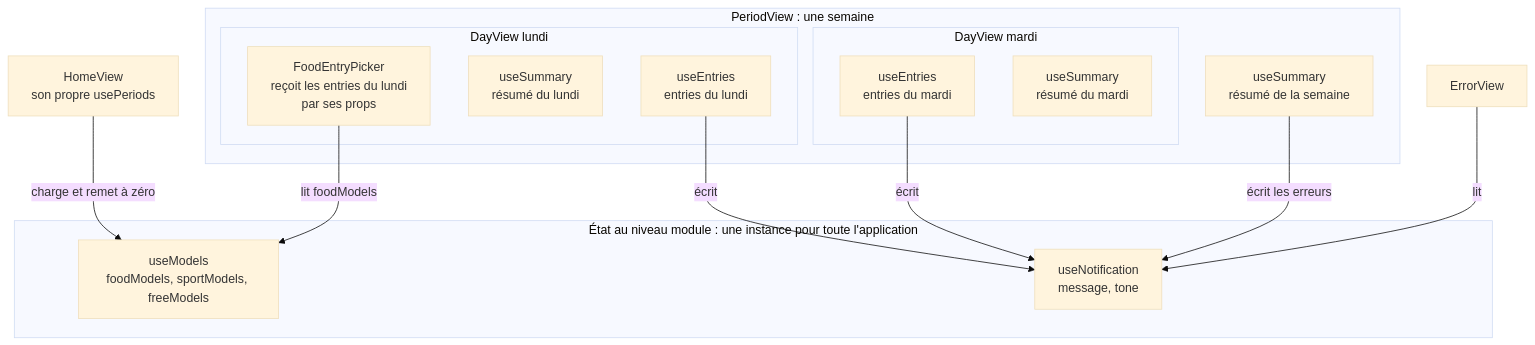
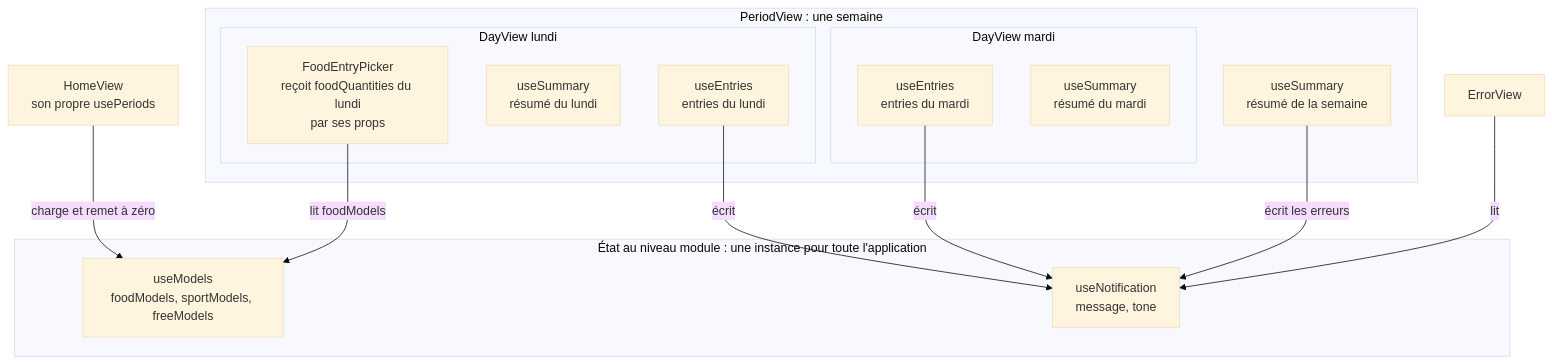
The sixth of 16 diagrams in docs/dependances.md (brieuc/dailyvue), drawn with Mermaid (base theme) before and after one commit. The commit also changed other lines of this file and 30 other files, not shown here.

````diff
--- a/docs/dependances.md
+++ b/docs/dependances.md
@@ -183,29 +183,29 @@
 ```mermaid
 flowchart TB
     subgraph module["État au niveau module : une instance pour toute l'application"]
         models["useModels<br/>foodModels, sportModels, freeModels"]
         notif["useNotification<br/>message, tone"]
     end
 
     subgraph semaine["PeriodView : une semaine"]
         ps["useSummary<br/>résumé de la semaine"]
 
         subgraph lundi["DayView lundi"]
             e1["useEntries<br/>entries du lundi"]
             s1["useSummary<br/>résumé du lundi"]
-            fml["FoodEntryPicker<br/>reçoit les entries du lundi<br/>par ses props"]
+            fml["FoodEntryPicker<br/>reçoit foodQuantities du lundi<br/>par ses props"]
         end
 
         subgraph mardi["DayView mardi"]
             e2["useEntries<br/>entries du mardi"]
             s2["useSummary<br/>résumé du mardi"]
         end
     end
 
     home["HomeView<br/>son propre usePeriods"] -- "charge et remet à zéro" --> models
     fml -- "lit foodModels" --> models
     e1 -- "écrit" --> notif
     e2 -- "écrit" --> notif
     ps -- "écrit les erreurs" --> notif
     err["ErrorView"] -- "lit" --> notif
 ```
````
